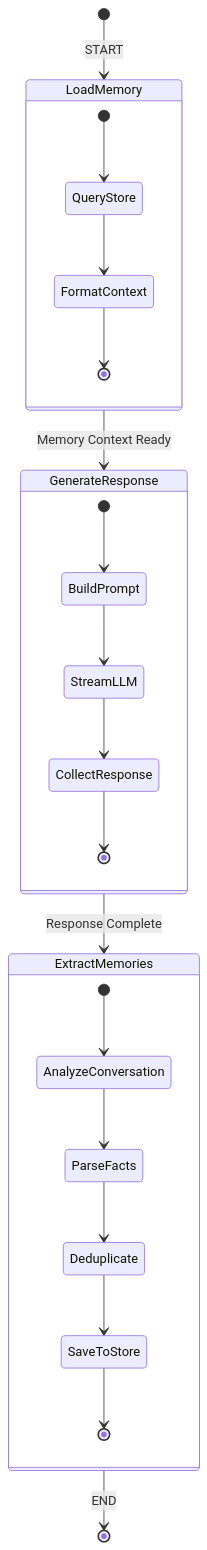
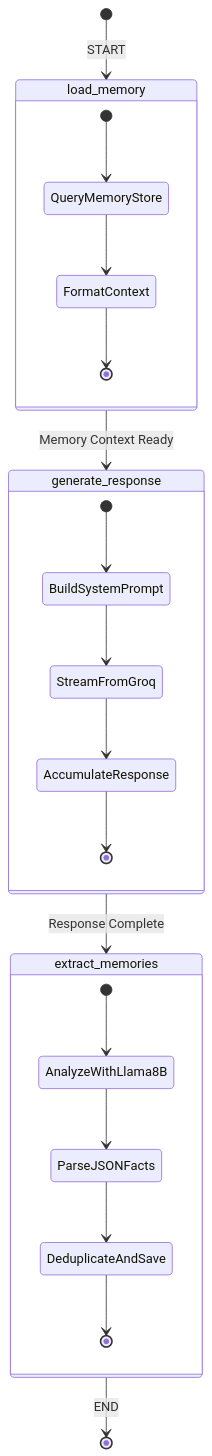
The third of 7 diagrams in README.md (Aafimalek/t3_chat), drawn with Mermaid before and after one commit. The commit also changed other lines of this file and 1 other file, not shown here.

````diff
--- a/README.md
+++ b/README.md
@@ -170,28 +196,27 @@
 ```mermaid
 stateDiagram-v2
-    [*] --> LoadMemory: START
-    LoadMemory --> GenerateResponse: Memory Context Ready
-    GenerateResponse --> ExtractMemories: Response Complete
-    ExtractMemories --> [*]: END
+    [*] --> load_memory: START
+    load_memory --> generate_response: Memory Context Ready
+    generate_response --> extract_memories: Response Complete
+    extract_memories --> [*]: END
 
-    state LoadMemory {
-        [*] --> QueryStore
-        QueryStore --> FormatContext
+    state load_memory {
+        [*] --> QueryMemoryStore
+        QueryMemoryStore --> FormatContext
         FormatContext --> [*]
     }
 
-    state GenerateResponse {
-        [*] --> BuildPrompt
-        BuildPrompt --> StreamLLM
-        StreamLLM --> CollectResponse
-        CollectResponse --> [*]
+    state generate_response {
+        [*] --> BuildSystemPrompt
+        BuildSystemPrompt --> StreamFromGroq
+        StreamFromGroq --> AccumulateResponse
+        AccumulateResponse --> [*]
     }
 
-    state ExtractMemories {
-        [*] --> AnalyzeConversation
-        AnalyzeConversation --> ParseFacts
-        ParseFacts --> Deduplicate
-        Deduplicate --> SaveToStore
-        SaveToStore --> [*]
+    state extract_memories {
+        [*] --> AnalyzeWithLlama8B
+        AnalyzeWithLlama8B --> ParseJSONFacts
+        ParseJSONFacts --> DeduplicateAndSave
+        DeduplicateAndSave --> [*]
     }
 ```
````
